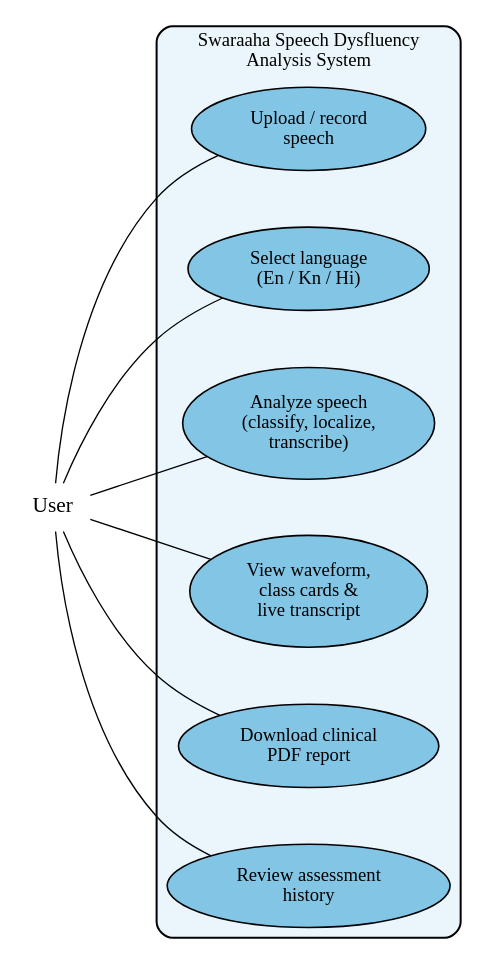
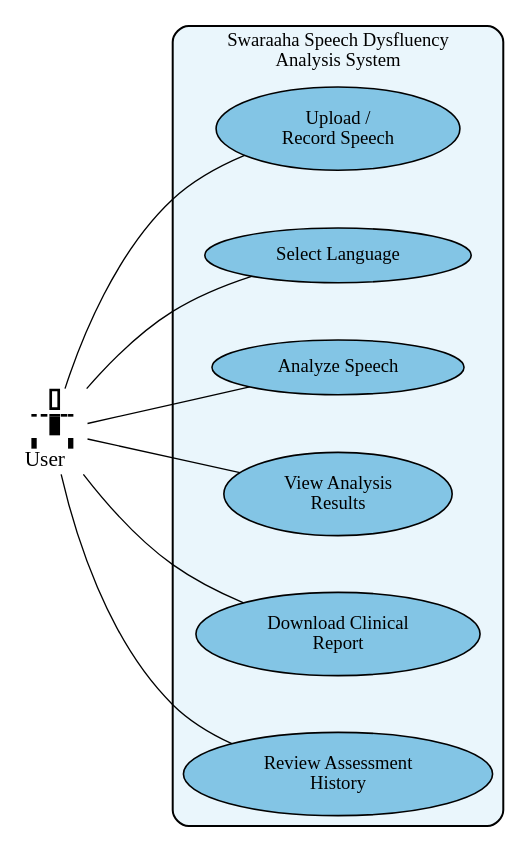
One commit to chethanbhat7/Swaraaha changed the diagram in docs/diagrams/03-use-case-diagram.dot. Above: the diagram before and after it, drawn with Graphviz. The commit also changed 17 other files, not shown here.

Commit message:
feat(report): add personal profile section, use-case stick-figure actor, and Times font fix

```diff
--- a/docs/diagrams/03-use-case-diagram.dot
+++ b/docs/diagrams/03-use-case-diagram.dot
@@ -1,62 +1,74 @@
 // Swaraaha — Use Case Diagram (essence, simplified for report legibility).
 // A single runtime actor (User) + the essential use cases inside the system boundary.
 digraph SwaraahaUseCaseDiagram {
 
     // ---- global style (shared across all diagrams) ----
-    fontname = "Times New Roman";
+    fontname = "Times-Roman";
     fontsize = 16;
     rankdir = LR;
     nodesep = 0.6;
-    ranksep = 0.8;
+    ranksep = 1.0;
     bgcolor = "white";
     compound = true;
 
     edge [
         color = "black",
-        fontname = "Times New Roman",
+        fontname = "Times-Roman",
         fontsize = 13,
         arrowsize = 0.9
     ];
 
-    // ================= actors (plaintext) =================
-    node [shape = plaintext, fillcolor = "white", style = "", fontsize = 16];
-    user      [label = "User"];
+    // ======== actor: UML stick figure (single node, outside system boundary) ========
+    // Drawn with an HTML-table label; no external images or extra nodes are needed.
+    user [
+        shape = plaintext,
+        margin = 0,
+        label = <<TABLE BORDER="0" CELLBORDER="0" CELLSPACING="0" CELLPADDING="0">
+            <TR><TD FIXEDSIZE="TRUE" WIDTH="4" HEIGHT="16"></TD><TD FIXEDSIZE="TRUE" WIDTH="5" HEIGHT="16"></TD><TD FIXEDSIZE="TRUE" BORDER="2" WIDTH="8" HEIGHT="16"></TD><TD FIXEDSIZE="TRUE" WIDTH="5" HEIGHT="16"></TD><TD FIXEDSIZE="TRUE" WIDTH="4" HEIGHT="16"></TD></TR>
+            <TR><TD FIXEDSIZE="TRUE" WIDTH="4" HEIGHT="3"></TD><TD FIXEDSIZE="TRUE" WIDTH="5" HEIGHT="3"></TD><TD FIXEDSIZE="TRUE" WIDTH="8" HEIGHT="3"></TD><TD FIXEDSIZE="TRUE" WIDTH="5" HEIGHT="3"></TD><TD FIXEDSIZE="TRUE" WIDTH="4" HEIGHT="3"></TD></TR>
+            <TR><TD FIXEDSIZE="TRUE" WIDTH="4" HEIGHT="2" BGCOLOR="black"></TD><TD FIXEDSIZE="TRUE" WIDTH="5" HEIGHT="2" BGCOLOR="black"></TD><TD FIXEDSIZE="TRUE" WIDTH="8" HEIGHT="2" BGCOLOR="black"></TD><TD FIXEDSIZE="TRUE" WIDTH="5" HEIGHT="2" BGCOLOR="black"></TD><TD FIXEDSIZE="TRUE" WIDTH="4" HEIGHT="2" BGCOLOR="black"></TD></TR>
+            <TR><TD FIXEDSIZE="TRUE" WIDTH="4" HEIGHT="14"></TD><TD FIXEDSIZE="TRUE" WIDTH="5" HEIGHT="14"></TD><TD FIXEDSIZE="TRUE" WIDTH="8" HEIGHT="14" BGCOLOR="black"></TD><TD FIXEDSIZE="TRUE" WIDTH="5" HEIGHT="14"></TD><TD FIXEDSIZE="TRUE" WIDTH="4" HEIGHT="14"></TD></TR>
+            <TR><TD FIXEDSIZE="TRUE" WIDTH="4" HEIGHT="2"></TD><TD FIXEDSIZE="TRUE" WIDTH="5" HEIGHT="2"></TD><TD FIXEDSIZE="TRUE" WIDTH="8" HEIGHT="2"></TD><TD FIXEDSIZE="TRUE" WIDTH="5" HEIGHT="2"></TD><TD FIXEDSIZE="TRUE" WIDTH="4" HEIGHT="2"></TD></TR>
+            <TR><TD FIXEDSIZE="TRUE" WIDTH="4" HEIGHT="8" BGCOLOR="black"></TD><TD FIXEDSIZE="TRUE" WIDTH="5" HEIGHT="8"></TD><TD FIXEDSIZE="TRUE" WIDTH="8" HEIGHT="8"></TD><TD FIXEDSIZE="TRUE" WIDTH="5" HEIGHT="8"></TD><TD FIXEDSIZE="TRUE" WIDTH="4" HEIGHT="8" BGCOLOR="black"></TD></TR>
+            <TR><TD FIXEDSIZE="TRUE" COLSPAN="5" WIDTH="34" HEIGHT="19"><FONT FACE="Times-Roman" POINT-SIZE="16">User</FONT></TD></TR>
+        </TABLE>>
+    ];
 
     // ================= system boundary =================
     subgraph cluster_system {
         label = "Swaraaha Speech Dysfluency\nAnalysis System";
         style = "rounded,filled";
         fillcolor = "#EAF6FC";
         color = "black";
-        fontname = "Times New Roman";
+        fontname = "Times-Roman";
         fontsize = 14;
         pencolor = "black";
         penwidth = 1.5;
 
         node [
             shape = ellipse,
             style = "filled",
             fillcolor = "#83C5E5",
             color = "black",
-            fontname = "Times New Roman",
+            fontname = "Times-Roman",
             fontsize = 14,
             penwidth = 1.2,
             margin = "0.15,0.1"
         ];
 
-        uc_upload   [label = "Upload / record\nspeech"];
-        uc_language [label = "Select language\n(En / Kn / Hi)"];
-        uc_analyze  [label = "Analyze speech\n(classify, localize,\ntranscribe)"];
-        uc_severity [label = "View waveform,\nclass cards &\nlive transcript"];
-        uc_report   [label = "Download clinical\nPDF report"];
-        uc_history  [label = "Review assessment\nhistory"];
+        uc_upload   [label = "Upload /\nRecord Speech"];
+        uc_language [label = "Select Language"];
+        uc_analyze  [label = "Analyze Speech"];
+        uc_severity [label = "View Analysis\nResults"];
+        uc_report   [label = "Download Clinical\nReport"];
+        uc_history  [label = "Review Assessment\nHistory"];
     }
 
-    // ================= associations =================
+    // ================= associations (no arrowheads) =================
     user      -> uc_upload    [dir = none];
     user      -> uc_language  [dir = none];
     user      -> uc_analyze   [dir = none];
     user      -> uc_severity  [dir = none];
     user      -> uc_report    [dir = none];
     user      -> uc_history   [dir = none];
 }
```
